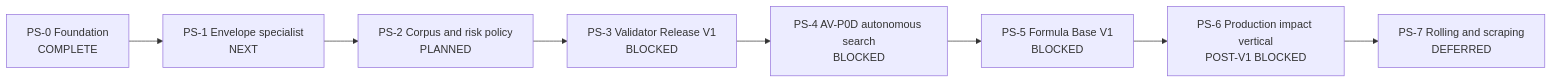
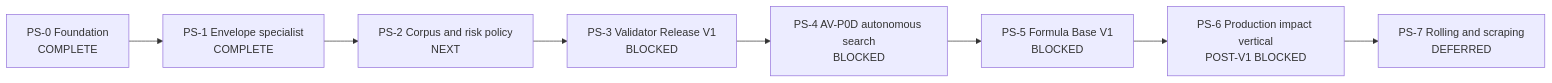
The diagram in docs/plans/physical-sound-synthesis-roadmap.md (kaifaty/NextEngine), drawn with Mermaid before and after one commit. The commit also changed other lines of this file and 10 other files, not shown here.

````diff
--- a/docs/plans/physical-sound-synthesis-roadmap.md
+++ b/docs/plans/physical-sound-synthesis-roadmap.md
@@ -91,10 +91,10 @@
 ```mermaid
 flowchart LR
-    PS0["PS-0 Foundation<br/>COMPLETE"] --> PS1["PS-1 Envelope specialist<br/>NEXT"]
-    PS1 --> PS2["PS-2 Corpus and risk policy<br/>PLANNED"]
+    PS0["PS-0 Foundation<br/>COMPLETE"] --> PS1["PS-1 Envelope specialist<br/>COMPLETE"]
+    PS1 --> PS2["PS-2 Corpus and risk policy<br/>NEXT"]
     PS2 --> PS3["PS-3 Validator Release V1<br/>BLOCKED"]
     PS3 --> PS4["PS-4 AV-P0D autonomous search<br/>BLOCKED"]
     PS4 --> PS5["PS-5 Formula Base V1<br/>BLOCKED"]
     PS5 --> PS6["PS-6 Production impact vertical<br/>POST-V1 BLOCKED"]
     PS6 --> PS7["PS-7 Rolling and scraping<br/>DEFERRED"]
 ```
````
